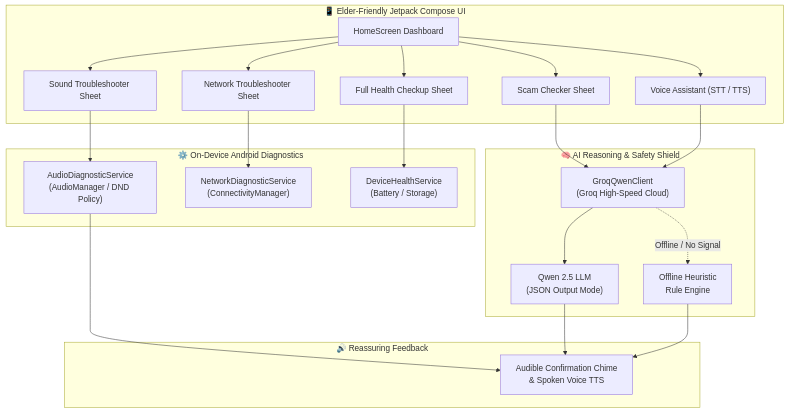
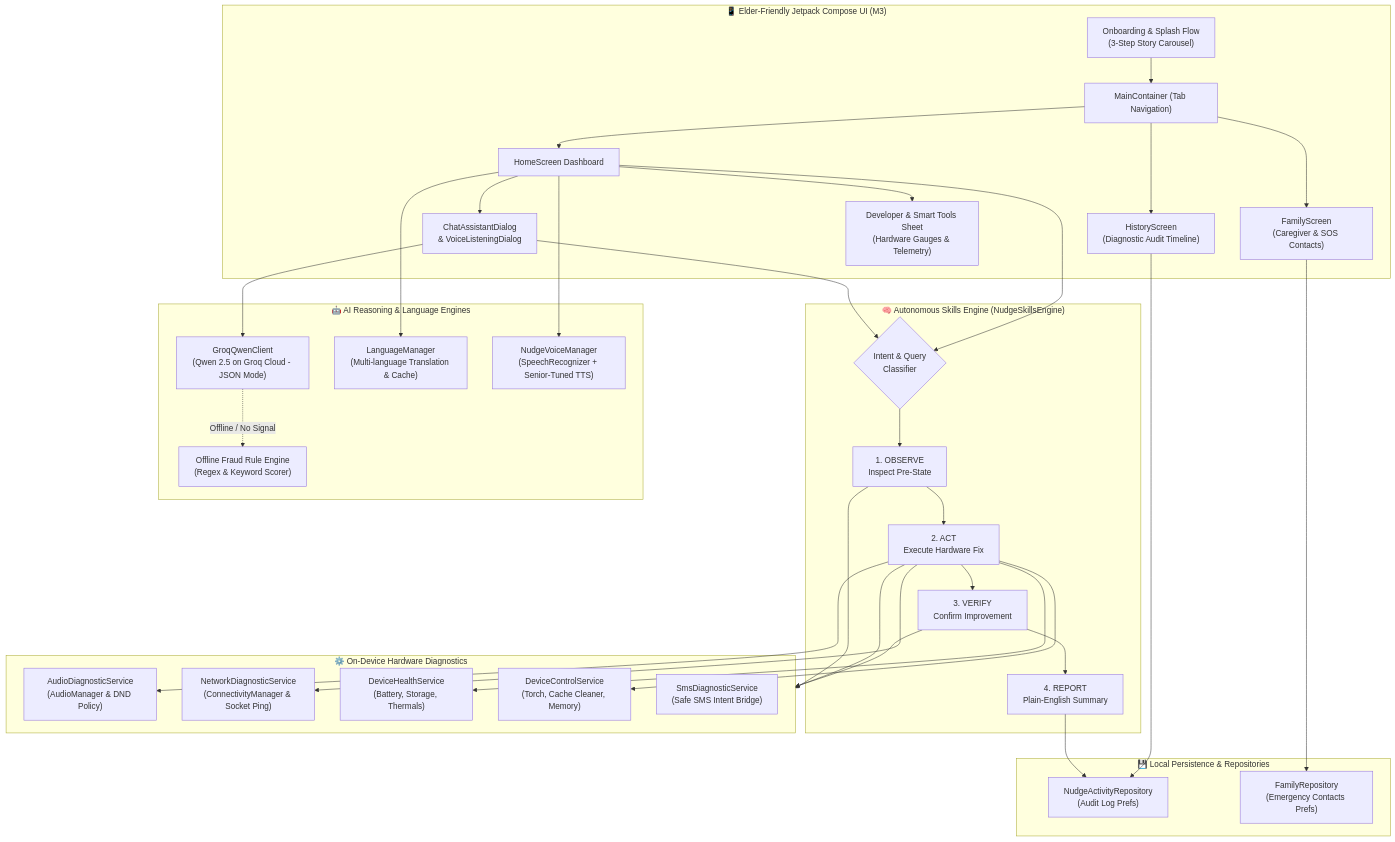
Before and after one commit to Baklolman69/Nudge: the first of 2 diagrams in README.md, drawn with Mermaid. The commit also changed other lines of this file and 20 other files, not shown here.

Commit message:
feat: complete comprehensive documentation, audit, and bug fixes across architecture, state, and permissions

````diff
--- a/README.md
+++ b/README.md
@@ -82,29 +169,76 @@
 ```mermaid
 flowchart TD
-    subgraph UI_Layer["📱 Elder-Friendly Jetpack Compose UI"]
-        A["HomeScreen Dashboard"] --> B["Sound Troubleshooter Sheet"]
-        A --> C["Scam Checker Sheet"]
-        A --> D["Network Troubleshooter Sheet"]
-        A --> E["Full Health Checkup Sheet"]
-        A --> F["Voice Assistant (STT / TTS)"]
+    subgraph UI_Layer["📱 Elder-Friendly Jetpack Compose UI (M3)"]
+        Onboarding["Onboarding & Splash Flow\n(3-Step Story Carousel)"]
+        Main["MainContainer (Tab Navigation)"]
+        Home["HomeScreen Dashboard"]
+        Family["FamilyScreen\n(Caregiver & SOS Contacts)"]
+        History["HistoryScreen\n(Diagnostic Audit Timeline)"]
+        Chat["ChatAssistantDialog\n& VoiceListeningDialog"]
+        DevSheet["Developer & Smart Tools Sheet\n(Hardware Gauges & Telemetry)"]
     end
 
-    subgraph Diagnostics["⚙️ On-Device Android Diagnostics"]
-        B --> G["AudioDiagnosticService\n(AudioManager / DND Policy)"]
-        D --> H["NetworkDiagnosticService\n(ConnectivityManager)"]
-        E --> I["DeviceHealthService\n(Battery / Storage)"]
+    subgraph Autonomous_Core["🧠 Autonomous Skills Engine (NudgeSkillsEngine)"]
+        Router{"Intent & Query\nClassifier"}
+        Observe["1. OBSERVE\nInspect Pre-State"]
+        Act["2. ACT\nExecute Hardware Fix"]
+        Verify["3. VERIFY\nConfirm Improvement"]
+        Report["4. REPORT\nPlain-English Summary"]
     end
 
-    subgraph Intelligence["🧠 AI Reasoning & Safety Shield"]
-        C --> J["GroqQwenClient\n(Groq High-Speed Cloud)"]
-        F --> J
-        J --> K["Qwen 2.5 LLM\n(JSON Output Mode)"]
-        J -.->|Offline / No Signal| L["Offline Heuristic\nRule Engine"]
+    subgraph Diagnostic_Services["⚙️ On-Device Hardware Diagnostics"]
+        Audio["AudioDiagnosticService\n(AudioManager & DND Policy)"]
+        Network["NetworkDiagnosticService\n(ConnectivityManager & Socket Ping)"]
+        Health["DeviceHealthService\n(Battery, Storage, Thermals)"]
+        Control["DeviceControlService\n(Torch, Cache Cleaner, Memory)"]
+        Sms["SmsDiagnosticService\n(Safe SMS Intent Bridge)"]
     end
 
-    subgraph Feedback["🔊 Reassuring Feedback"]
-        G --> M["Audible Confirmation Chime\n& Spoken Voice TTS"]
-        K --> M
-        L --> M
+    subgraph Intelligence_Layer["🤖 AI Reasoning & Language Engines"]
+        Groq["GroqQwenClient\n(Qwen 2.5 on Groq Cloud - JSON Mode)"]
+        OfflineHeuristic["Offline Fraud Rule Engine\n(Regex & Keyword Scorer)"]
+        Lang["LanguageManager\n(Multi-language Translation & Cache)"]
+        Voice["NudgeVoiceManager\n(SpeechRecognizer + Senior-Tuned TTS)"]
     end
+
+    subgraph Storage_Layer["💾 Local Persistence & Repositories"]
+        ActRepo["NudgeActivityRepository\n(Audit Log Prefs)"]
+        FamRepo["FamilyRepository\n(Emergency Contacts Prefs)"]
+    end
+
+    %% UI Connections
+    Onboarding --> Main
+    Main --> Home
+    Main --> Family
+    Main --> History
+    Home --> Chat
+    Home --> DevSheet
+
+    %% Core Flow
+    Chat --> Router
+    Home --> Router
+    Router --> Observe
+    Observe --> Diagnostic_Services
+    Observe --> Act
+    Act --> Diagnostic_Services
+    Act --> Verify
+    Verify --> Diagnostic_Services
+    Verify --> Report
+    Report --> ActRepo
+
+    %% Intelligence Connections
+    Home --> Voice
+    Chat --> Groq
+    Groq -.->|Offline / No Signal| OfflineHeuristic
+    Home --> Lang
+
+    %% Hardware Execution
+    Act --> Audio
+    Act --> Network
+    Act --> Health
+    Act --> Control
+
+    %% Data Connections
+    Family --> FamRepo
+    History --> ActRepo
 ```
````
